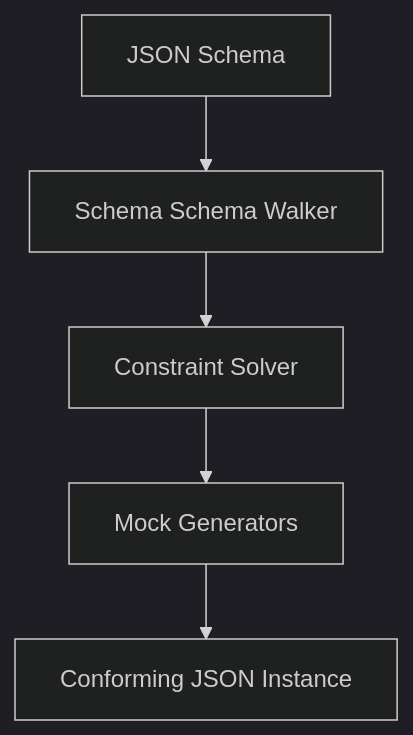
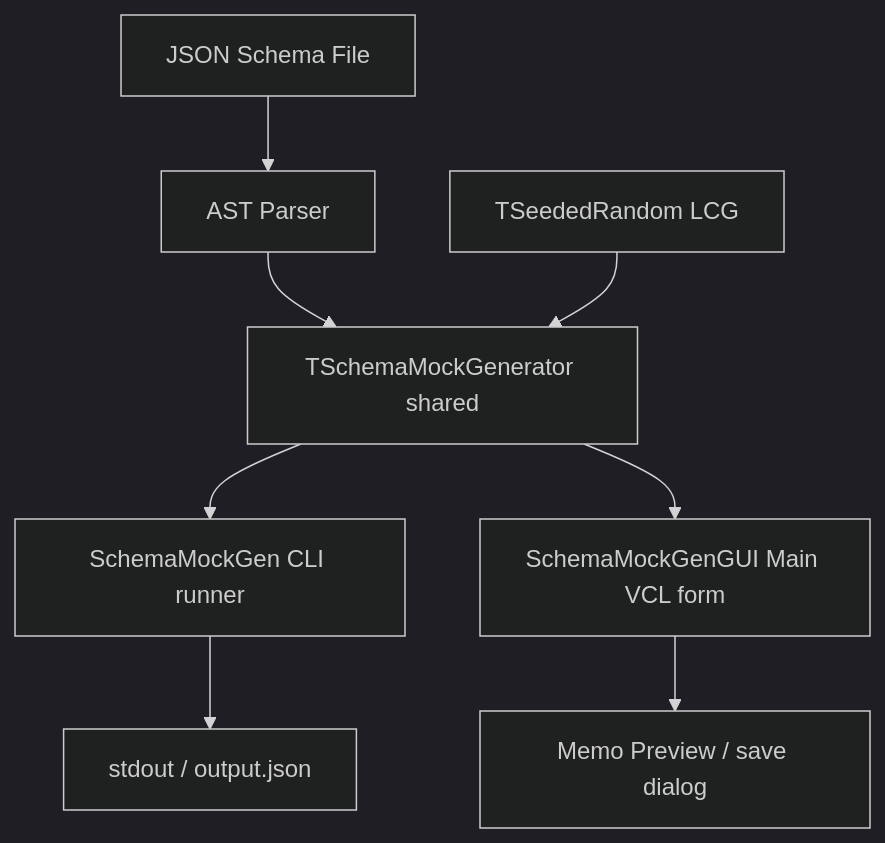
The diagram in tools/SchemaMockGen/docs/architecture/architecture.md (weslleycapelari/JsonSchema), drawn with Mermaid (dark theme) before and after one commit. The commit also changed other lines of this file and 75 other files, not shown here.

First line of the commit message:
Implement unit and integration tests for SchemaValidator; remove SchemaValidatorCLI project and associated tests

````diff
--- a/tools/SchemaMockGen/docs/architecture/architecture.md
+++ b/tools/SchemaMockGen/docs/architecture/architecture.md
@@ -9,7 +11,10 @@
 ```mermaid
 flowchart TD
-    A[JSON Schema] --> B[Schema Schema Walker]
-    B --> C[Constraint Solver]
-    C --> D[Mock Generators]
-    D --> E[Conforming JSON Instance]
+    A[JSON Schema File] --> B[AST Parser]
+    B --> C[TSchemaMockGenerator shared]
+    D[TSeededRandom LCG] --> C
+    C --> E[SchemaMockGen CLI runner]
+    C --> F[SchemaMockGenGUI Main VCL form]
+    E --> G[stdout / output.json]
+    F --> H[Memo Preview / save dialog]
 ```
````
